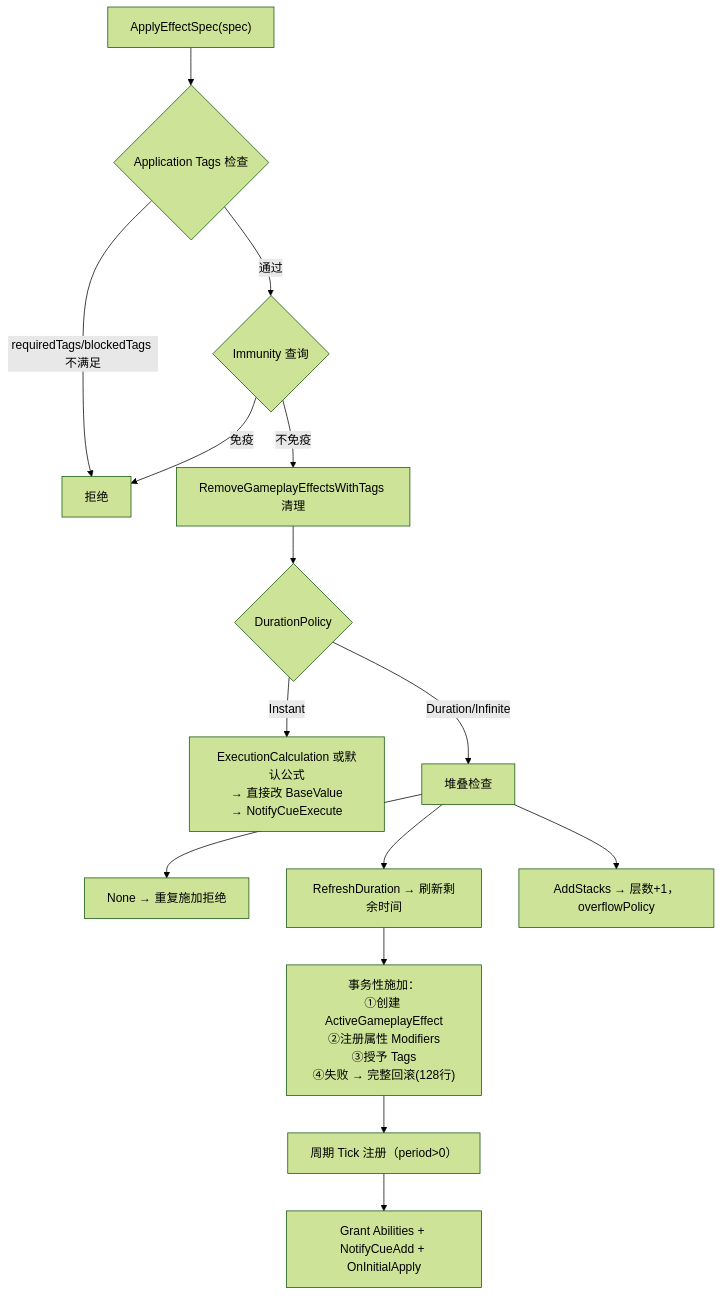
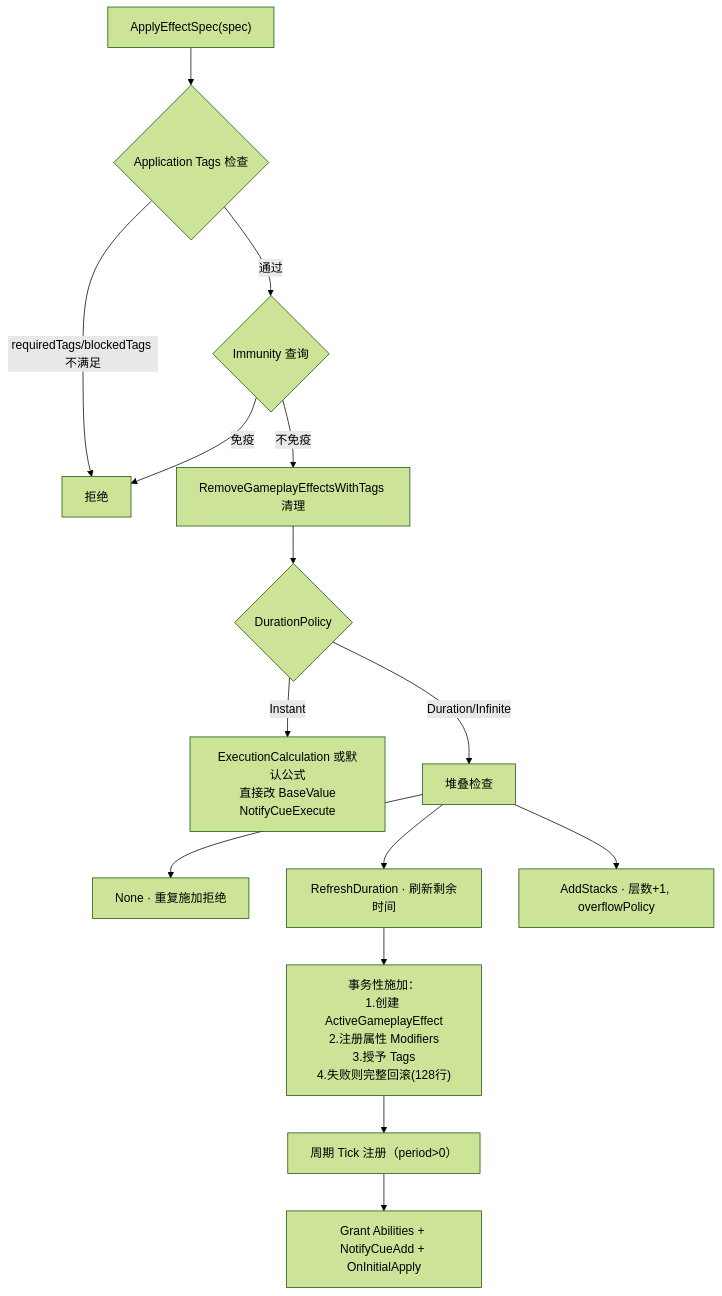
One commit to Sherryzzzzzzzz/Unity-Character-Combat-System-UCCS- changed the second of 3 diagrams in Docs/09-GAS-Deep-Dive.md. Above: the diagram before and after it, drawn with Mermaid (forest theme). The commit also changed 1 other file, not shown here.

Commit message:
docs: 修复 mermaid 图渲染错误
- 08 取消出口流程图：边标签 '|是 + ...|' 中的 + 被 mermaid 解析为特殊
  语法，改为引号包裹 + 点号分隔；节点文本 → 移除（特殊字符）
- 09 效果施加流程图：节点文本中的 → 全部替换为中文/序号
- 全局扫描 Docs 全部 mermaid 块确认无遗留（edge label 含 + / node text 含 →）
- 同步重新生成 D:\My-Notes\11.我的项目\UCCS核心系统技术文档.md

````diff
--- a/Docs/09-GAS-Deep-Dive.md
+++ b/Docs/09-GAS-Deep-Dive.md
@@ -263,17 +263,17 @@
 ```mermaid
 flowchart TD
     A["ApplyEffectSpec(spec)"] --> B{Application Tags 检查}
-    B -->|requiredTags/blockedTags 不满足| X["拒绝"]
+    B -->|"requiredTags/blockedTags 不满足"| X["拒绝"]
     B -->|通过| C{Immunity 查询}
     C -->|免疫| X
     C -->|不免疫| D["RemoveGameplayEffectsWithTags 清理"]
     D --> E{DurationPolicy}
-    E -->|Instant| F["ExecutionCalculation 或默认公式<br/>→ 直接改 BaseValue<br/>→ NotifyCueExecute"]
-    E -->|Duration/Infinite| G["堆叠检查"]
-    G --> G1["None → 重复施加拒绝"]
-    G --> G2["RefreshDuration → 刷新剩余时间"]
-    G --> G3["AddStacks → 层数+1，overflowPolicy"]
-    G2 --> H["事务性施加：<br/>①创建 ActiveGameplayEffect<br/>②注册属性 Modifiers<br/>③授予 Tags<br/>④失败 → 完整回滚(128行)"]
+    E -->|Instant| F["ExecutionCalculation 或默认公式<br/>直接改 BaseValue<br/>NotifyCueExecute"]
+    E -->|"Duration/Infinite"| G["堆叠检查"]
+    G --> G1["None · 重复施加拒绝"]
+    G --> G2["RefreshDuration · 刷新剩余时间"]
+    G --> G3["AddStacks · 层数+1, overflowPolicy"]
+    G2 --> H["事务性施加：<br/>1.创建 ActiveGameplayEffect<br/>2.注册属性 Modifiers<br/>3.授予 Tags<br/>4.失败则完整回滚(128行)"]
     H --> I["周期 Tick 注册（period>0）"]
     I --> J["Grant Abilities + NotifyCueAdd + OnInitialApply"]
 ```
````
